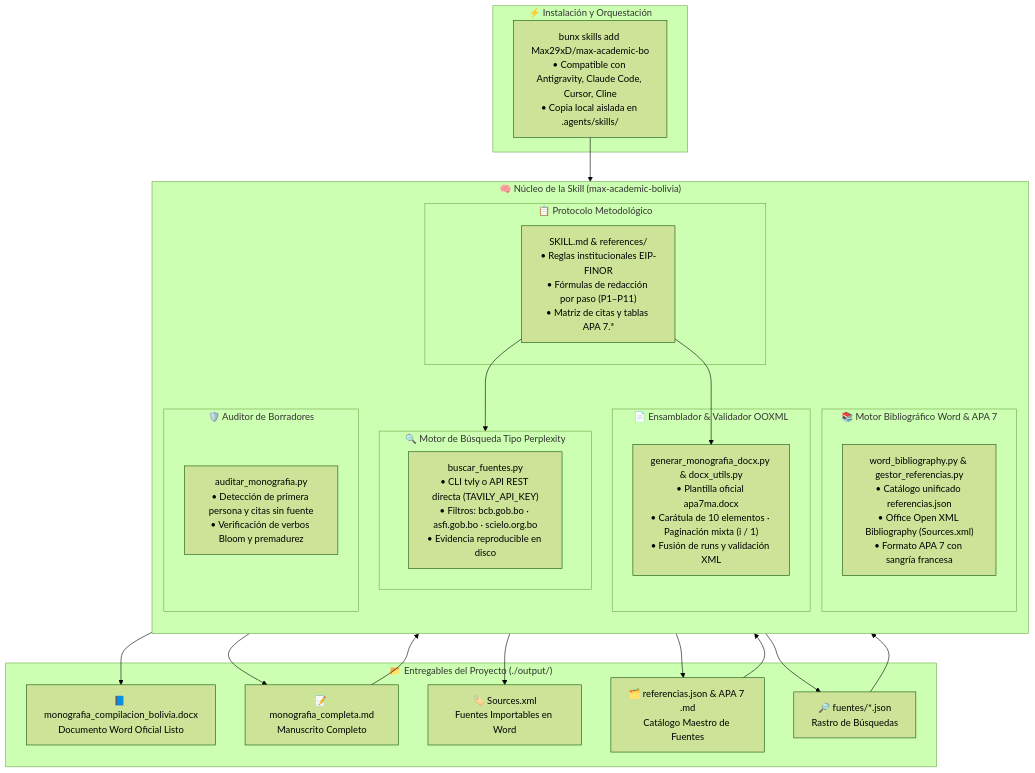
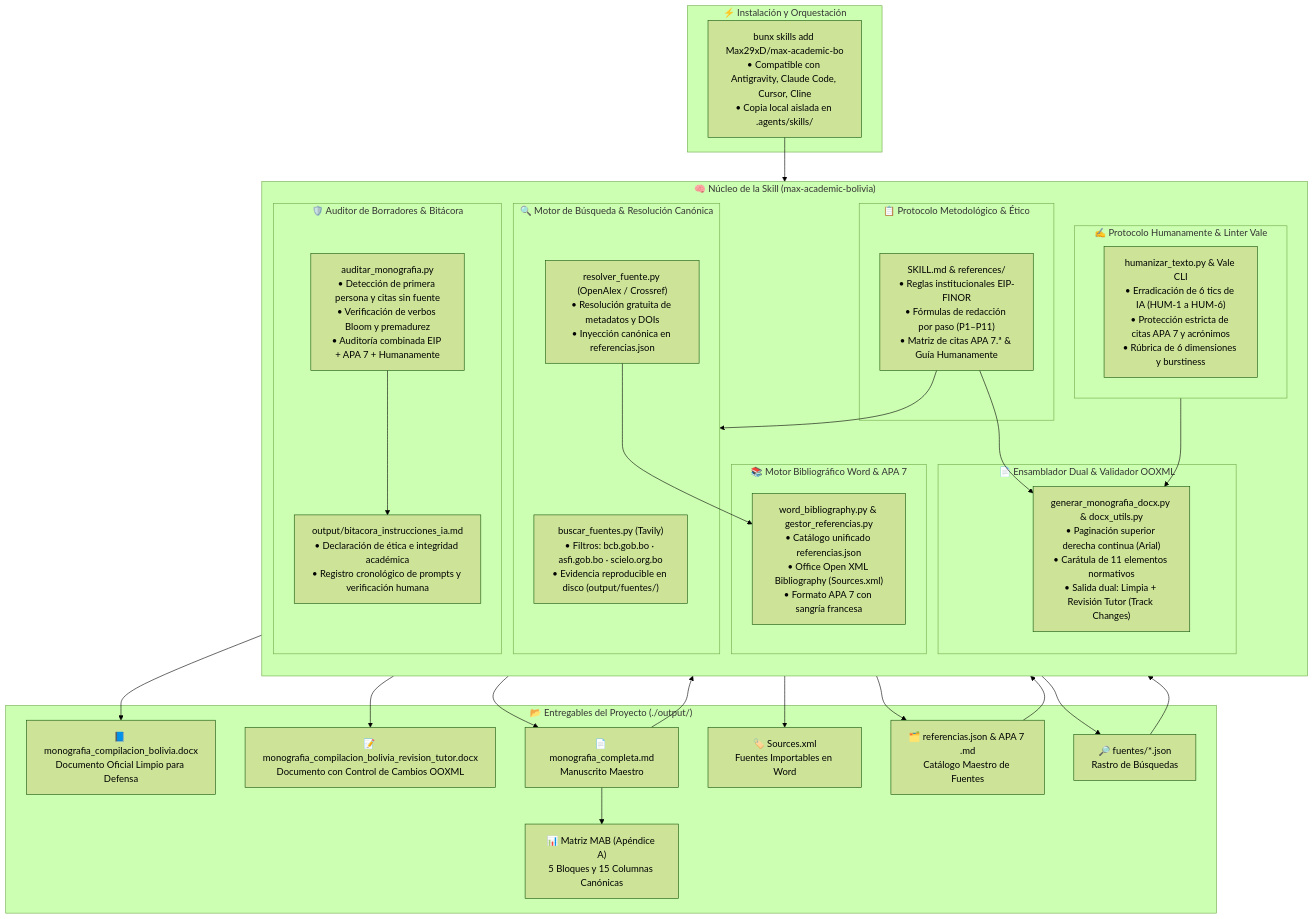
Before and after one commit to Max29xD/max-academic-bo: the diagram in README.md, drawn with Mermaid (forest theme). The commit also changed other lines of this file, not shown here.

Commit message:
docs(readme): actualizar documentacion con protocolo humanamente, salida dual docx, resolver openalex/crossref y mab de 15 columnas

````diff
--- a/README.md
+++ b/README.md
@@ -74,51 +81,64 @@
 ```mermaid
 flowchart TD
     subgraph CLI["⚡ Instalación y Orquestación"]
         BUNX["bunx skills add Max29xD/max-academic-bo<br/>• Compatible con Antigravity, Claude Code, Cursor, Cline<br/>• Copia local aislada en .agents/skills/"]
     end
 
     subgraph ENGINE["🧠 Núcleo de la Skill (max-academic-bolivia)"]
         direction TB
 
-        subgraph PROMPT["📋 Protocolo Metodológico"]
-            SKILL_MD["SKILL.md & references/<br/>• Reglas institucionales EIP-FINOR<br/>• Fórmulas de redacción por paso (P1–P11)<br/>• Matriz de citas y tablas APA 7.ª"]
+        subgraph PROMPT["📋 Protocolo Metodológico & Ético"]
+            SKILL_MD["SKILL.md & references/<br/>• Reglas institucionales EIP-FINOR<br/>• Fórmulas de redacción por paso (P1–P11)<br/>• Matriz de citas APA 7.ª & Guía Humanamente"]
         end
 
-        subgraph SEARCH["🔍 Motor de Búsqueda Tipo Perplexity"]
-            BUSCAR["buscar_fuentes.py<br/>• CLI tvly o API REST directa (TAVILY_API_KEY)<br/>• Filtros: bcb.gob.bo · asfi.gob.bo · scielo.org.bo<br/>• Evidencia reproducible en disco"]
+        subgraph SEARCH["🔍 Motor de Búsqueda & Resolución Canónica"]
+            BUSCAR["buscar_fuentes.py (Tavily)<br/>• Filtros: bcb.gob.bo · asfi.gob.bo · scielo.org.bo<br/>• Evidencia reproducible en disco (output/fuentes/)"]
+            RESOLVER["resolver_fuente.py (OpenAlex / Crossref)<br/>• Resolución gratuita de metadatos y DOIs<br/>• Inyección canónica en referencias.json"]
         end
 
         subgraph BIBLIO["📚 Motor Bibliográfico Word & APA 7"]
             BIB["word_bibliography.py & gestor_referencias.py<br/>• Catálogo unificado referencias.json<br/>• Office Open XML Bibliography (Sources.xml)<br/>• Formato APA 7 con sangría francesa"]
         end
 
-        subgraph WORD["📄 Ensamblador & Validador OOXML"]
-            GEN["generar_monografia_docx.py & docx_utils.py<br/>• Plantilla oficial apa7ma.docx<br/>• Carátula de 10 elementos · Paginación mixta (i / 1)<br/>• Fusión de runs y validación XML"]
+        subgraph PROSE["✍️ Protocolo Humanamente & Linter Vale"]
+            HUM["humanizar_texto.py & Vale CLI<br/>• Erradicación de 6 tics de IA (HUM-1 a HUM-6)<br/>• Protección estricta de citas APA 7 y acrónimos<br/>• Rúbrica de 6 dimensiones y burstiness"]
         end
 
-        subgraph AUDIT["🛡️ Auditor de Borradores"]
-            AUD["auditar_monografia.py<br/>• Detección de primera persona y citas sin fuente<br/>• Verificación de verbos Bloom y premadurez"]
+        subgraph WORD["📄 Ensamblador Dual & Validador OOXML"]
+            GEN["generar_monografia_docx.py & docx_utils.py<br/>• Paginación superior derecha continua (Arial)<br/>• Carátula de 11 elementos normativos<br/>• Salida dual: Limpia + Revisión Tutor (Track Changes)"]
+        end
+
+        subgraph AUDIT["🛡️ Auditor de Borradores & Bitácora"]
+            AUD["auditar_monografia.py<br/>• Detección de primera persona y citas sin fuente<br/>• Verificación de verbos Bloom y premadurez<br/>• Auditoría combinada EIP + APA 7 + Humanamente"]
+            BIT["output/bitacora_instrucciones_ia.md<br/>• Declaración de ética e integridad académica<br/>• Registro cronológico de prompts y verificación humana"]
         end
     end
 
     subgraph ARTIFACTS["📂 Entregables del Proyecto (./output/)"]
-        DOCX["📘 monografia_compilacion_bolivia.docx<br/>Documento Word Oficial Listo"]
-        MD_DOC["📝 monografia_completa.md<br/>Manuscrito Completo"]
+        DOCX_CLEAN["📘 monografia_compilacion_bolivia.docx<br/>Documento Oficial Limpio para Defensa"]
+        DOCX_REV["📝 monografia_compilacion_bolivia_revision_tutor.docx<br/>Documento con Control de Cambios OOXML"]
+        MD_DOC["📄 monografia_completa.md<br/>Manuscrito Maestro"]
         XML_SRC["🏷️ Sources.xml<br/>Fuentes Importables en Word"]
         JSON_CAT["🗂️ referencias.json & APA 7 .md<br/>Catálogo Maestro de Fuentes"]
+        MAB_MAT["📊 Matriz MAB (Apéndice A)<br/>5 Bloques y 15 Columnas Canónicas"]
         EVID["🔎 fuentes/*.json<br/>Rastro de Búsquedas"]
     end
 
     %% Relaciones
     BUNX --> ENGINE
     SKILL_MD --> SEARCH
     SEARCH --> EVID
-    EVID --> BIB
+    EVID --> RESOLVER
+    RESOLVER --> BIB
     BIB --> JSON_CAT
     BIB --> XML_SRC
-    JSON_CAT --> GEN
+    JSON_CAT --> PROSE
+    PROSE --> GEN
     SKILL_MD --> GEN
-    GEN --> DOCX
+    GEN --> DOCX_CLEAN
+    GEN --> DOCX_REV
     GEN --> MD_DOC
     MD_DOC --> AUD
+    MD_DOC --> MAB_MAT
+    AUD --> BIT
 ```
````
